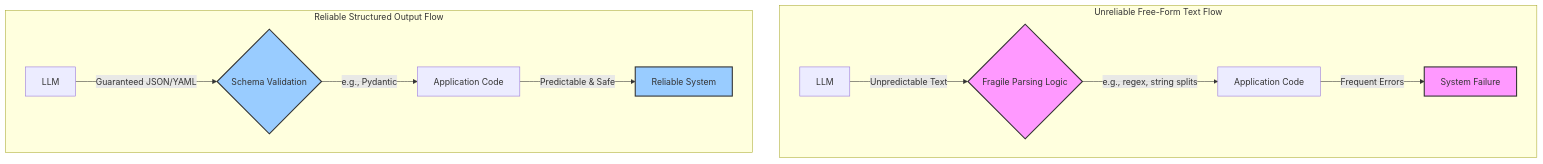
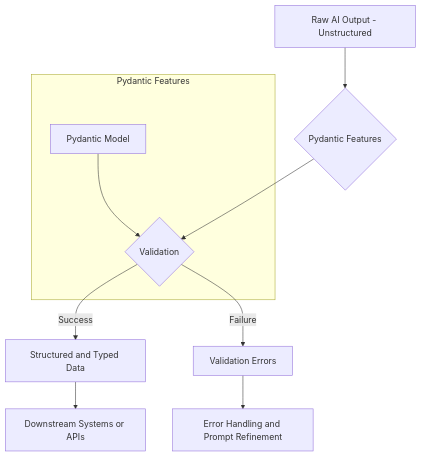
One commit to shoaibkhanz/agentic-ai-engineering-course changed the diagram in lessons/04_structured_outputs/article.md. Above: the diagram before and after it, drawn with Mermaid. The commit also changed other lines of this file and 2 other files, not shown here.

````diff
--- a/lessons/04_structured_outputs/article.md
+++ b/lessons/04_structured_outputs/article.md
@@ -27,19 +23,12 @@
 ```mermaid
 graph TD
-    subgraph "Unreliable Free-Form Text Flow"
-        A[LLM] -- "Unpredictable Text" --> B{Fragile Parsing Logic};
-        B -- "e.g., regex, string splits" --> C[Application Code];
-        C -- "Frequent Errors" --> D[System Failure];
+    A[Raw AI Output - Unstructured] --> B{Pydantic Features};
+    subgraph Pydantic Features
+        C[Pydantic Model] --> D{Validation};
     end
-
-    subgraph "Reliable Structured Output Flow"
-        E[LLM] -- "Guaranteed JSON/YAML" --> F{Schema Validation};
-        F -- "e.g., Pydantic" --> G[Application Code];
-        G -- "Predictable & Safe" --> H[Reliable System];
-    end
-
-    style B fill:#f9f,stroke:#333,stroke-width:2px
-    style D fill:#f9f,stroke:#333,stroke-width:2px
-    style F fill:#9cf,stroke:#333,stroke-width:2px
-    style H fill:#9cf,stroke:#333,stroke-width:2px
+    B --> D;
+    D -- Success --> E[Structured and Typed Data];
+    D -- Failure --> F[Validation Errors];
+    E --> G[Downstream Systems or APIs];
+    F --> H[Error Handling and Prompt Refinement];
 ```
````
